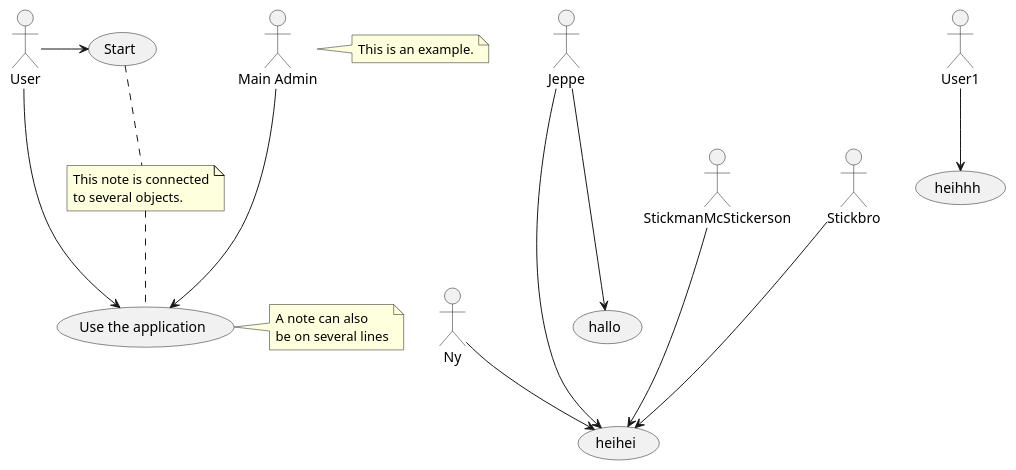
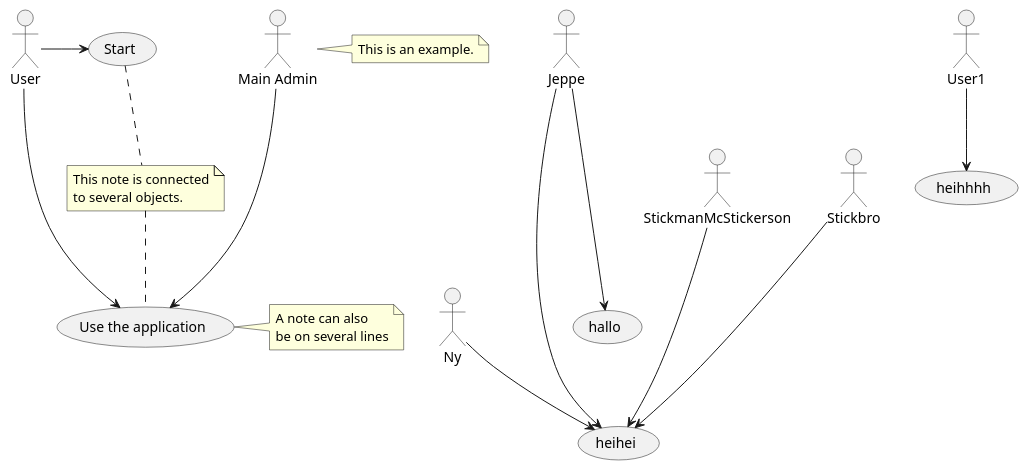
Before and after one commit to SetGruppe6/diagrammer: the diagram in usecase.puml, drawn with PlantUML.

```diff
--- a/usecase.puml
+++ b/usecase.puml
@@ -1,32 +1,32 @@
 @startuml
 :Main Admin: as Admin
 (Use the application) as (Use)
 
 User -> (Start)
 User --> (Use)
 
 Admin ---> (Use)
 
 
 Ny--> (heihei)
 Jeppe---> (hallo)
 Jeppe---->(heihei)
 
-User1 --> (heihhh)
+User1 --> (heihhhh)
 
 StickmanMcStickerson ---> (heihei)
 Stickbro ---> (heihei)
 
 
 
 note right of Admin : This is an example.
 
 note right of (Use)
 A note can also
 be on several lines
 end note
 
 note "This note is connected\nto several objects." as N2
 (Start) .. N2
 N2 .. (Use)
 @enduml
```
